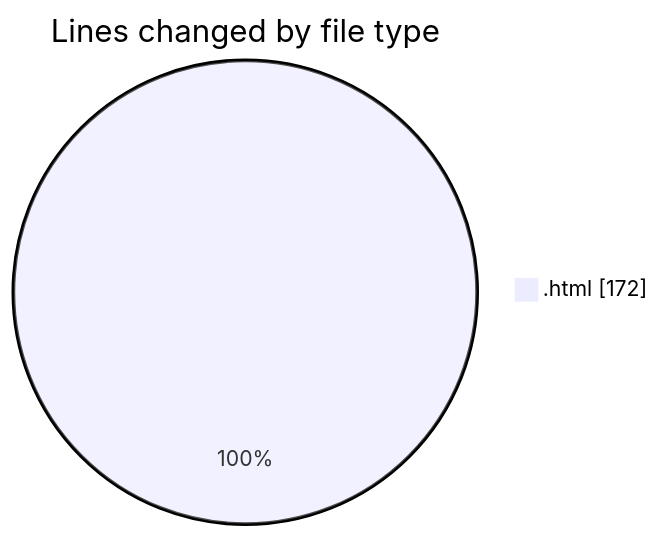
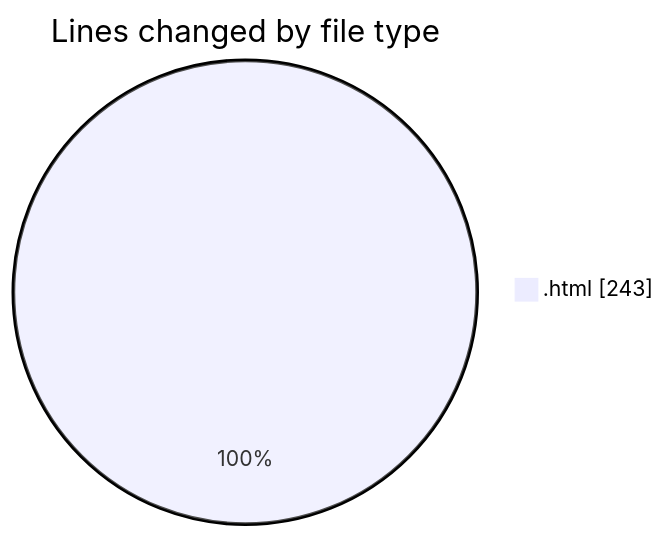
Before and after one commit to becaeroporto-bot/code-tracking: the first of 2 diagrams in 2026-02-19/bot_v1_2/README.md, drawn with Mermaid. The commit also changed other lines of this file and 1 other file, not shown here.

````diff
--- a/2026-02-19/bot_v1_2/README.md
+++ b/2026-02-19/bot_v1_2/README.md
@@ -23,5 +23,5 @@
 ```mermaid
 pie showData
 title Lines changed by file type
-".html" : 172
+".html" : 243
 ```
````
